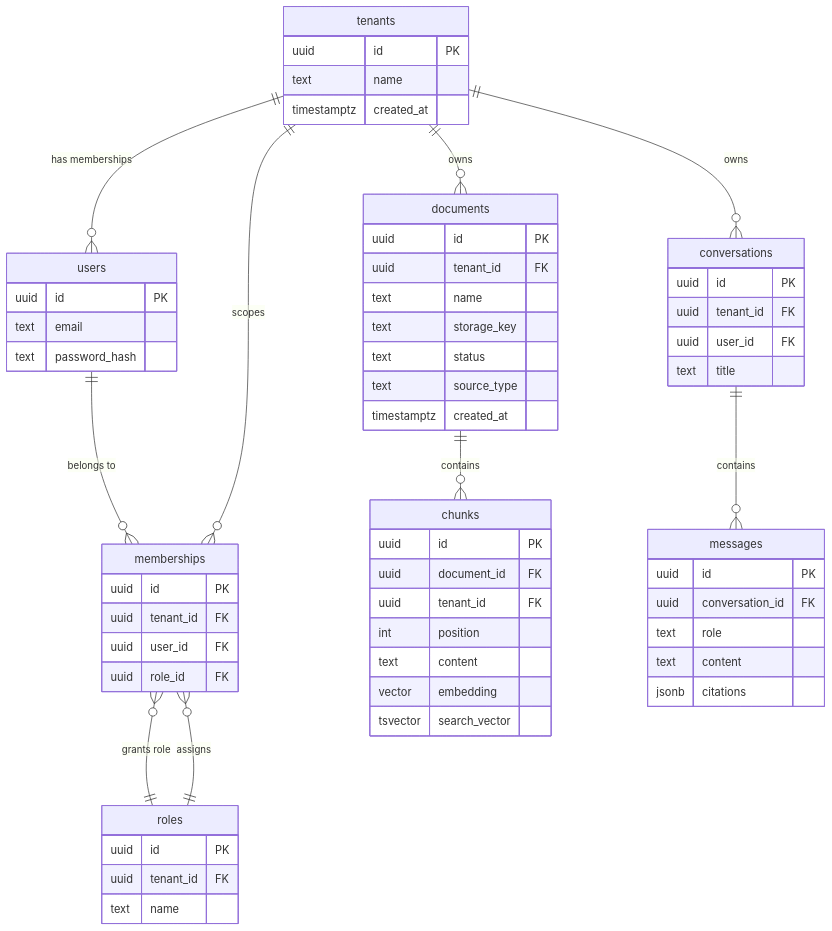
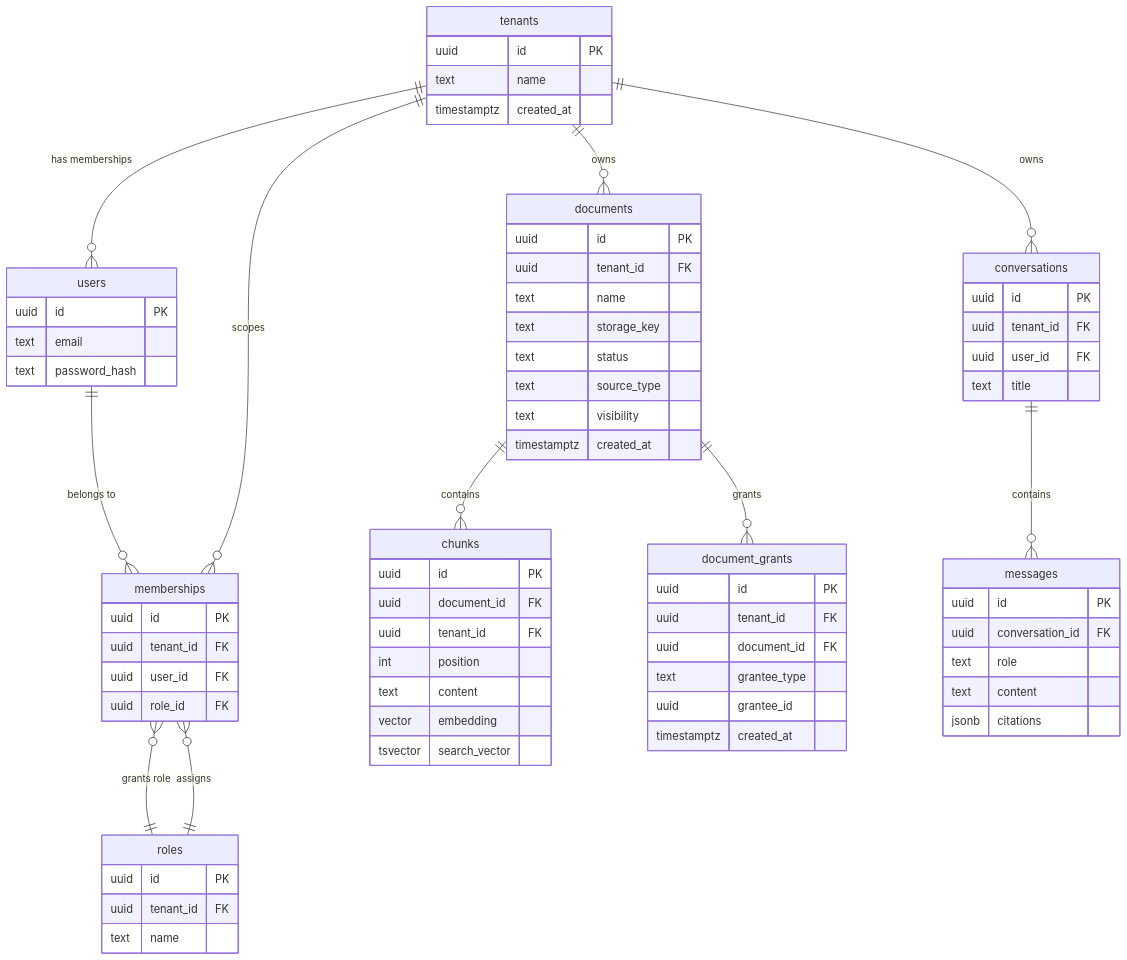
One commit to jonasotoaguilar/raguard changed the fourth of 4 diagrams in ARCHITECTURE.md. Above: the diagram before and after it, drawn with Mermaid. The commit also changed other lines of this file and 19 other files, not shown here.

Commit message:
feat(documents): add per-document visibility grants

````diff
--- a/ARCHITECTURE.md
+++ b/ARCHITECTURE.md
@@ -131,65 +131,75 @@
 ```mermaid
 erDiagram
     tenants ||--o{ users : "has memberships"
     users ||--o{ memberships : "belongs to"
     tenants ||--o{ memberships : "scopes"
     roles ||--o{ memberships : "assigns"
     tenants ||--o{ documents : "owns"
     documents ||--o{ chunks : "contains"
+    documents ||--o{ document_grants : "grants"
     tenants ||--o{ conversations : "owns"
     conversations ||--o{ messages : "contains"
     memberships }o--|| roles : "grants role"
 
     tenants {
         uuid id PK
         text name
         timestamptz created_at
     }
     users {
         uuid id PK
         text email
         text password_hash
     }
     roles {
         uuid id PK
         uuid tenant_id FK
         text name
     }
     memberships {
         uuid id PK
         uuid tenant_id FK
         uuid user_id FK
         uuid role_id FK
     }
     documents {
         uuid id PK
         uuid tenant_id FK
         text name
         text storage_key
         text status
         text source_type
+        text visibility
+        timestamptz created_at
+    }
+    document_grants {
+        uuid id PK
+        uuid tenant_id FK
+        uuid document_id FK
+        text grantee_type
+        uuid grantee_id
         timestamptz created_at
     }
     chunks {
         uuid id PK
         uuid document_id FK
         uuid tenant_id FK
         int position
         text content
         vector embedding
         tsvector search_vector
     }
     conversations {
         uuid id PK
         uuid tenant_id FK
         uuid user_id FK
         text title
     }
     messages {
         uuid id PK
         uuid conversation_id FK
         text role
         text content
         jsonb citations
     }
 ```
````
